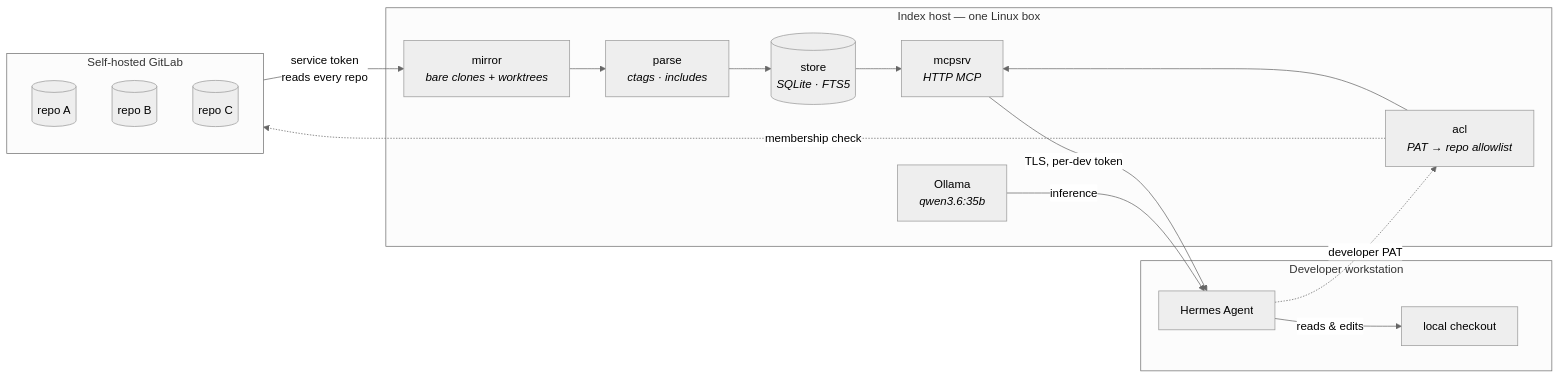
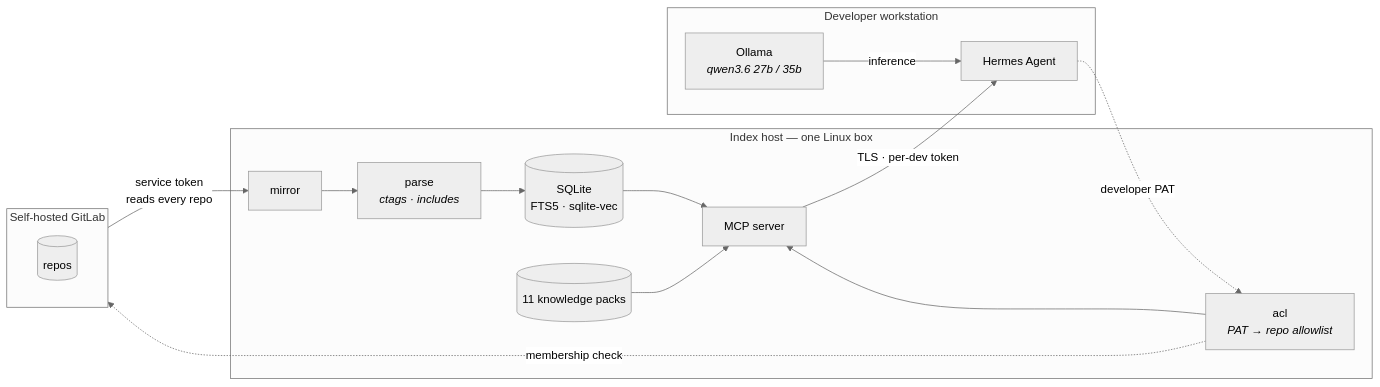
The third of 3 diagrams in README.md (Binchitects/argus), drawn with Mermaid (neutral theme) before and after one commit. The commit also changed other lines of this file and 5 other files, not shown here.

````diff
--- a/README.md
+++ b/README.md
@@ -33,32 +150,21 @@
 ```mermaid
 flowchart LR
     subgraph GL["Self-hosted GitLab"]
-        R1[(repo A)]
-        R2[(repo B)]
-        R3[(repo C)]
+        R1[(repos)]
     end
-
     subgraph HOST["Index host — one Linux box"]
-        MIR["mirror<br/><i>bare clones + worktrees</i>"]
-        PAR["parse<br/><i>ctags · includes</i>"]
-        STO[("store<br/><i>SQLite · FTS5</i>")]
-        ACL["acl<br/><i>PAT → repo allowlist</i>"]
-        MCP["mcpsrv<br/><i>HTTP MCP</i>"]
-        OLL["Ollama<br/><i>qwen3.6:35b</i>"]
+        MIR["mirror"] --> PAR["parse<br/><i>ctags · includes</i>"] --> STO[("SQLite<br/>FTS5 · sqlite-vec")]
+        STO --> MCP["MCP server"]
+        ACL["acl<br/><i>PAT → repo allowlist</i>"] --> MCP
+        PK[("11 knowledge packs")] --> MCP
     end
-
     subgraph DEV["Developer workstation"]
         HER["Hermes Agent"]
-        WT["local checkout"]
+        OLL["Ollama<br/><i>qwen3.6 27b / 35b</i>"]
     end
-
     GL -->|service token<br/>reads every repo| MIR
-    MIR --> PAR --> STO
-    STO --> MCP
-    ACL --> MCP
-    MCP -->|TLS, per-dev token| HER
+    MCP -->|TLS · per-dev token| HER
     OLL -->|inference| HER
-    HER -->|reads & edits| WT
     HER -.->|developer PAT| ACL
     ACL -.->|membership check| GL
 ```
````
